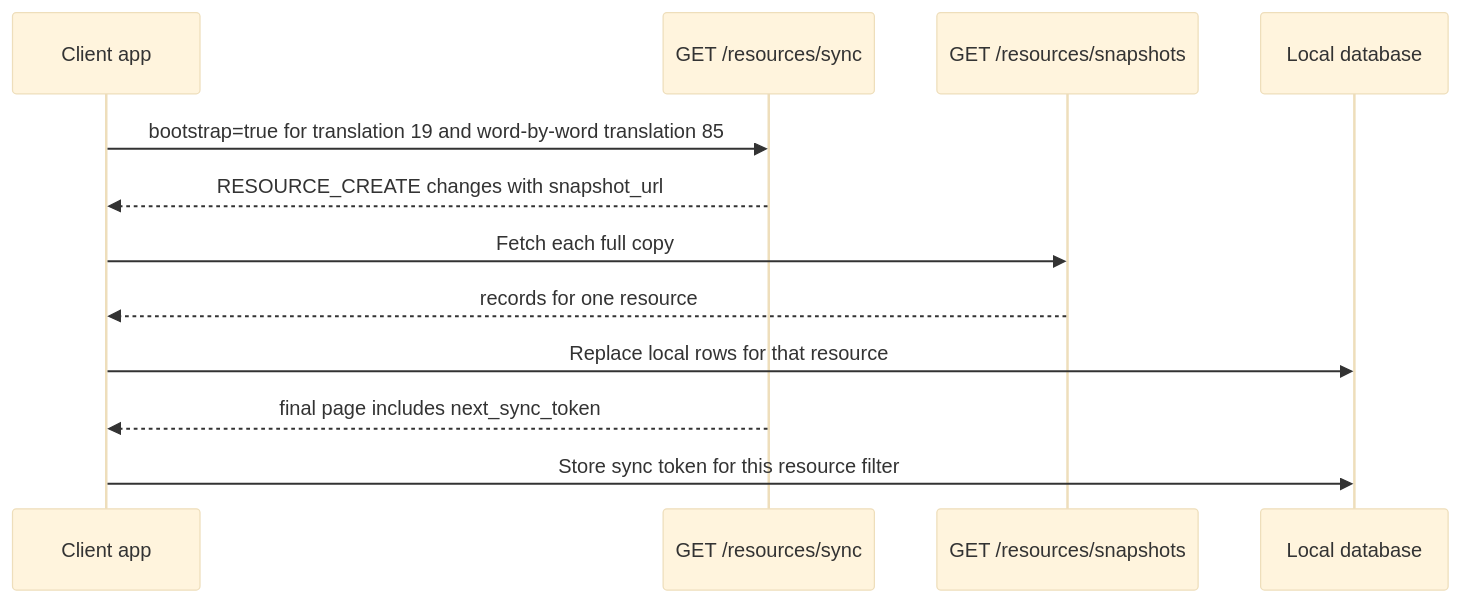
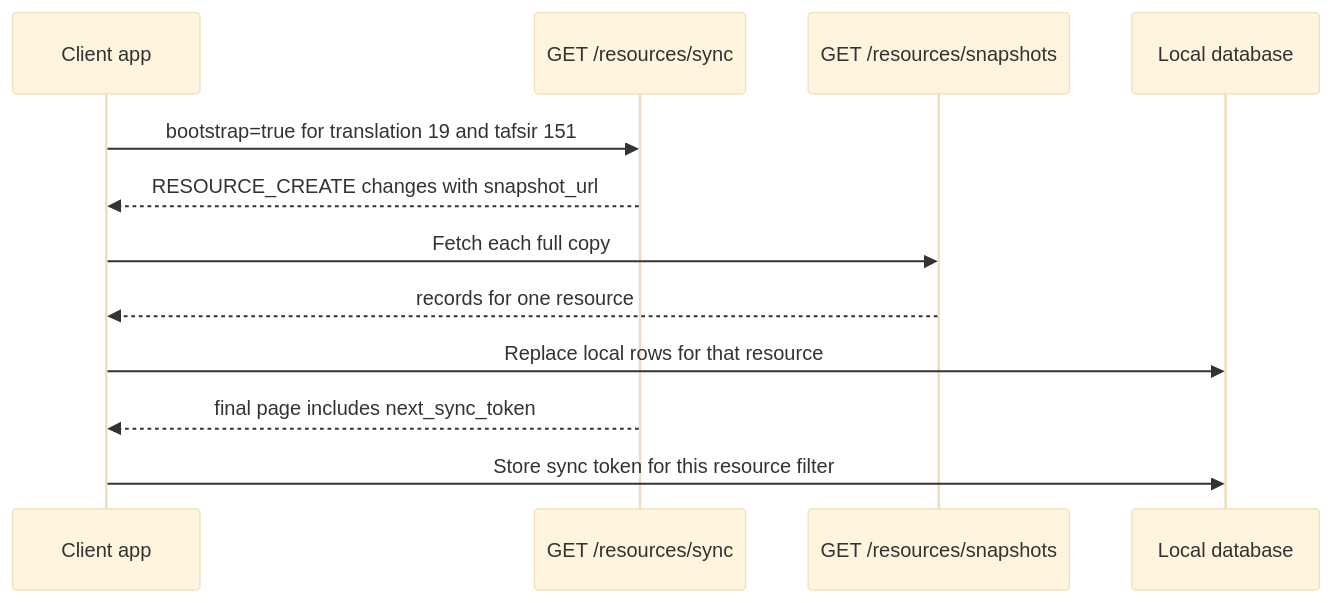
Before and after one commit to quran/qf-api-docs: the first of 2 diagrams in docs/tutorials/content-sync/getting-started.mdx, drawn with Mermaid (base theme). The commit also changed other lines of this file and 11 other files, not shown here.

Commit message:
Treat word-by-word sync as a standard resource

````diff
--- a/docs/tutorials/content-sync/getting-started.mdx
+++ b/docs/tutorials/content-sync/getting-started.mdx
@@ -57,15 +55,15 @@
 ```mermaid
 sequenceDiagram
     participant App as Client app
     participant Sync as GET /resources/sync
     participant Snapshot as GET /resources/snapshots
     participant DB as Local database
 
-    App->>Sync: bootstrap=true for translation 19 and word-by-word translation 85
+    App->>Sync: bootstrap=true for translation 19 and tafsir 151
     Sync-->>App: RESOURCE_CREATE changes with snapshot_url
     App->>Snapshot: Fetch each full copy
     Snapshot-->>App: records for one resource
     App->>DB: Replace local rows for that resource
     Sync-->>App: final page includes next_sync_token
     App->>DB: Store sync token for this resource filter
 ```
````
